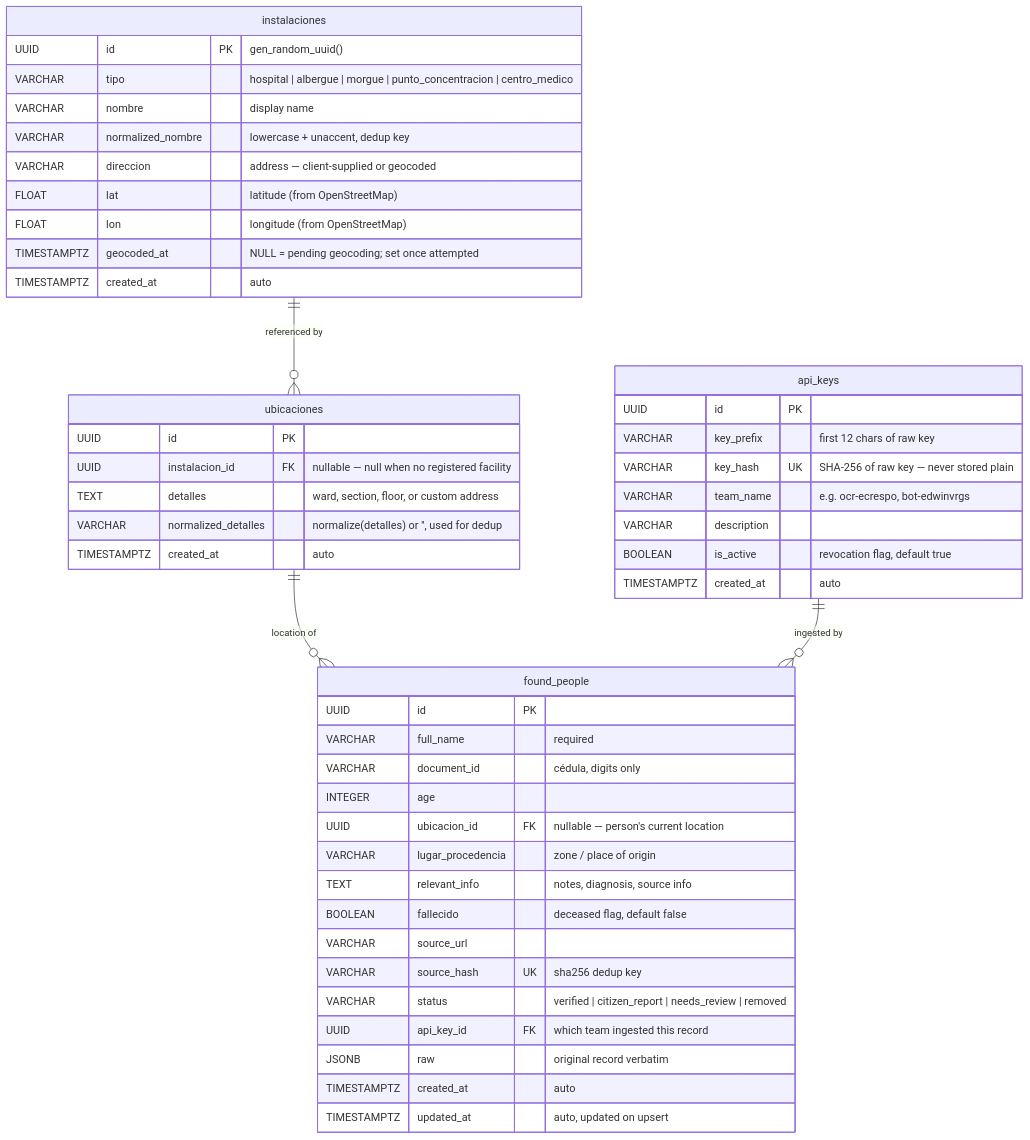
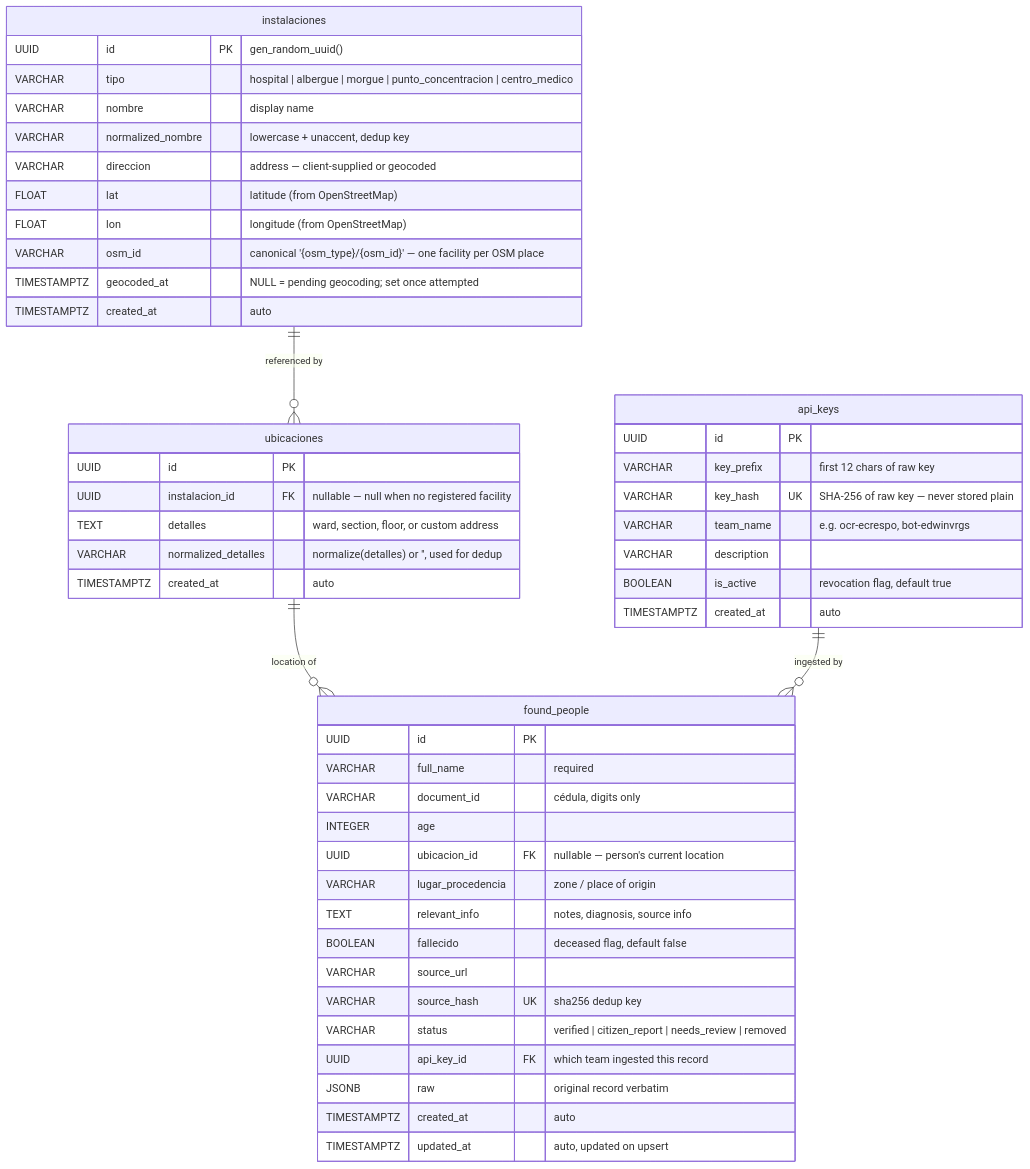
The diagram in docs/er-diagram.md (venezuela-war-room/api), drawn with Mermaid before and after one commit. The commit also changed other lines of this file and 14 other files, not shown here.

````diff
--- a/docs/er-diagram.md
+++ b/docs/er-diagram.md
@@ -3,55 +3,56 @@
 ```mermaid
 erDiagram
 
     instalaciones {
         UUID        id                  PK  "gen_random_uuid()"
         VARCHAR     tipo                    "hospital | albergue | morgue | punto_concentracion | centro_medico"
         VARCHAR     nombre                  "display name"
         VARCHAR     normalized_nombre       "lowercase + unaccent, dedup key"
         VARCHAR     direccion               "address — client-supplied or geocoded"
         FLOAT       lat                     "latitude (from OpenStreetMap)"
         FLOAT       lon                     "longitude (from OpenStreetMap)"
+        VARCHAR     osm_id                  "canonical '{osm_type}/{osm_id}' — one facility per OSM place"
         TIMESTAMPTZ geocoded_at             "NULL = pending geocoding; set once attempted"
         TIMESTAMPTZ created_at              "auto"
     }
 
     ubicaciones {
         UUID        id                  PK
         UUID        instalacion_id      FK  "nullable — null when no registered facility"
         TEXT        detalles                "ward, section, floor, or custom address"
         VARCHAR     normalized_detalles     "normalize(detalles) or '', used for dedup"
         TIMESTAMPTZ created_at              "auto"
     }
 
     api_keys {
         UUID        id                  PK
         VARCHAR     key_prefix              "first 12 chars of raw key"
         VARCHAR     key_hash            UK  "SHA-256 of raw key — never stored plain"
         VARCHAR     team_name               "e.g. ocr-ecrespo, bot-edwinvrgs"
         VARCHAR     description
         BOOLEAN     is_active               "revocation flag, default true"
         TIMESTAMPTZ created_at              "auto"
     }
 
     found_people {
         UUID        id                  PK
         VARCHAR     full_name               "required"
         VARCHAR     document_id             "cédula, digits only"
         INTEGER     age
         UUID        ubicacion_id        FK  "nullable — person's current location"
         VARCHAR     lugar_procedencia       "zone / place of origin"
         TEXT        relevant_info           "notes, diagnosis, source info"
         BOOLEAN     fallecido               "deceased flag, default false"
         VARCHAR     source_url
         VARCHAR     source_hash         UK  "sha256 dedup key"
         VARCHAR     status                  "verified | citizen_report | needs_review | removed"
         UUID        api_key_id          FK  "which team ingested this record"
         JSONB       raw                     "original record verbatim"
         TIMESTAMPTZ created_at              "auto"
         TIMESTAMPTZ updated_at              "auto, updated on upsert"
     }
 
     instalaciones ||--o{ ubicaciones  : "referenced by"
     ubicaciones   ||--o{ found_people : "location of"
     api_keys      ||--o{ found_people : "ingested by"
 ```
````
